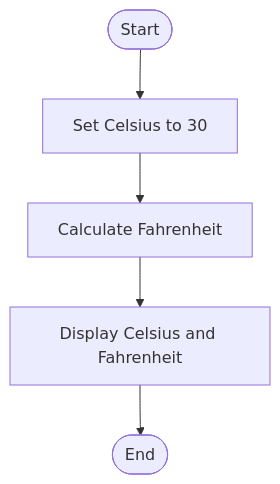
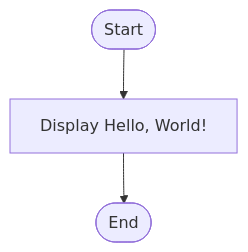
Before and after one commit to tonmoy222/C-programming-lab-work-Batch-34: the first of 3 diagrams in Lab-01-Basic-C-Programming/README.md, drawn with Mermaid. The commit also changed other lines of this file, not shown here.

````diff
--- a/Lab-01-Basic-C-Programming/README.md
+++ b/Lab-01-Basic-C-Programming/README.md
@@ -45,7 +10,5 @@
 ```mermaid
 flowchart TD
-    A([Start]) --> B["Set Celsius to 30"]
-    B --> C["Calculate Fahrenheit"]
-    C --> D["Display Celsius and Fahrenheit"]
-    D --> E([End])
+    A([Start]) --> B["Display Hello, World!"]
+    B --> C([End])
 ```
````
